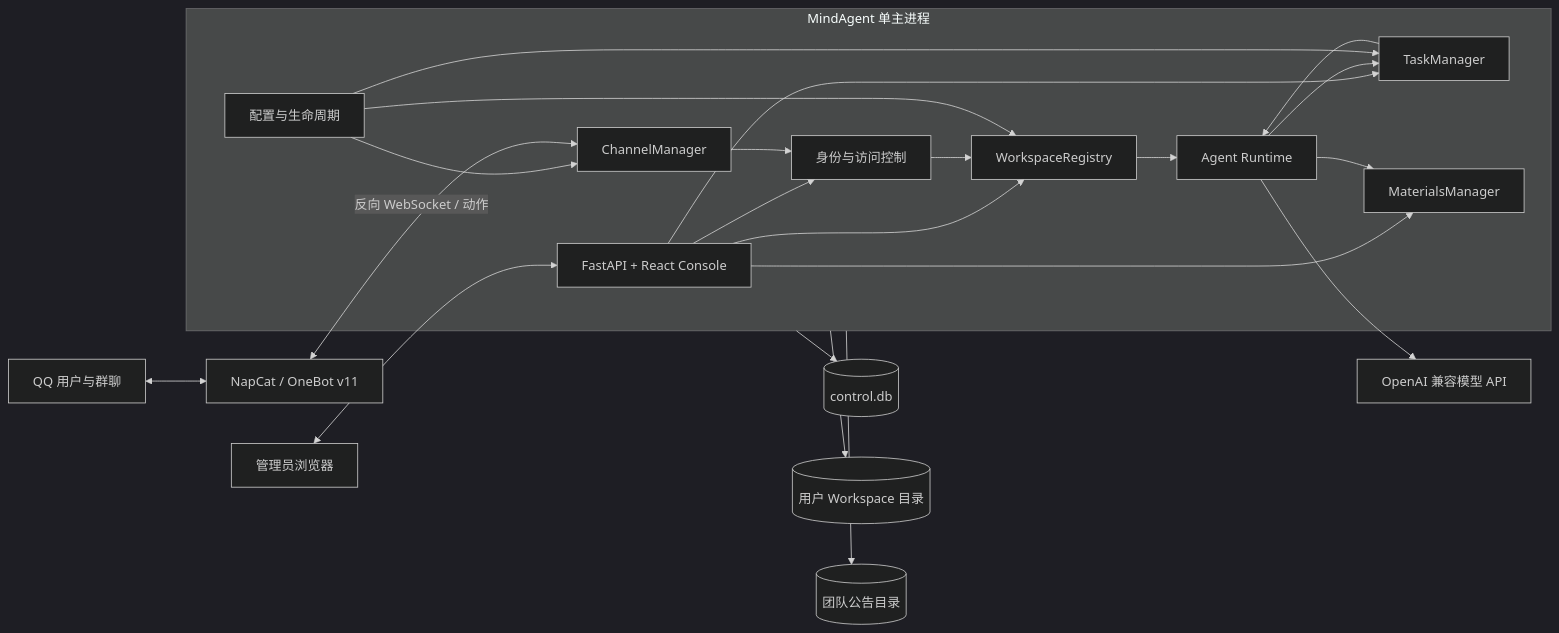
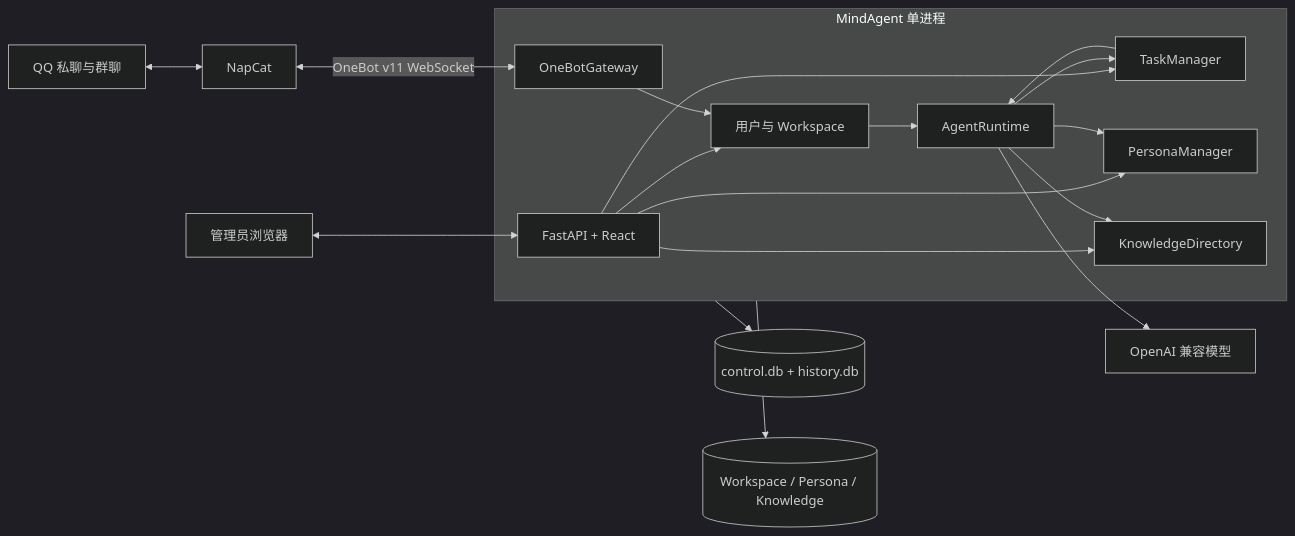
One commit to tamakara/mind-agent changed the first of 2 diagrams in docs/design.md. Above: the diagram before and after it, drawn with Mermaid (dark theme). The commit also changed other lines of this file and 3 other files, not shown here.

````diff
--- a/docs/design.md
+++ b/docs/design.md
@@ -73,36 +33,30 @@
 ```mermaid
 flowchart LR
-    QQ[QQ 用户与群聊] <--> NC[NapCat / OneBot v11]
-    Admin[管理员浏览器] <--> Web[FastAPI + React Console]
+    QQ[QQ 私聊与群聊] <--> NC[NapCat]
+    Admin[管理员浏览器] <--> Web[FastAPI + React]
 
-    subgraph MindAgent[MindAgent 单主进程]
-        Web
-        CM[ChannelManager]
-        ID[身份与访问控制]
-        WR[WorkspaceRegistry]
-        RT[Agent Runtime]
+    subgraph App[MindAgent 单进程]
+        OB[OneBotGateway]
+        ID[用户与 Workspace]
+        AR[AgentRuntime]
         TM[TaskManager]
-        MM[MaterialsManager]
-        CFG[配置与生命周期]
+        PM[PersonaManager]
+        KB[KnowledgeDirectory]
 
         Web --> ID
-        Web --> WR
         Web --> TM
-        Web --> MM
-        CM --> ID
-        ID --> WR
-        WR --> RT
-        RT --> TM
-        RT --> MM
-        TM --> RT
-        CFG --> CM
-        CFG --> WR
-        CFG --> TM
+        Web --> PM
+        Web --> KB
+        OB --> ID
+        ID --> AR
+        AR --> TM
+        AR --> PM
+        AR --> KB
+        TM --> AR
     end
 
-    NC <-->|反向 WebSocket / 动作| CM
-    MindAgent --> Control[(control.db)]
-    MindAgent --> Workspaces[(用户 Workspace 目录)]
-    MindAgent --> Shared[(团队公告目录)]
-    RT --> LLM[OpenAI 兼容模型 API]
+    NC <-->|OneBot v11 WebSocket| OB
+    App --> DB[(control.db + history.db)]
+    App --> FS[(Workspace / Persona / Knowledge)]
+    AR --> LLM[OpenAI 兼容模型]
 ```
````
